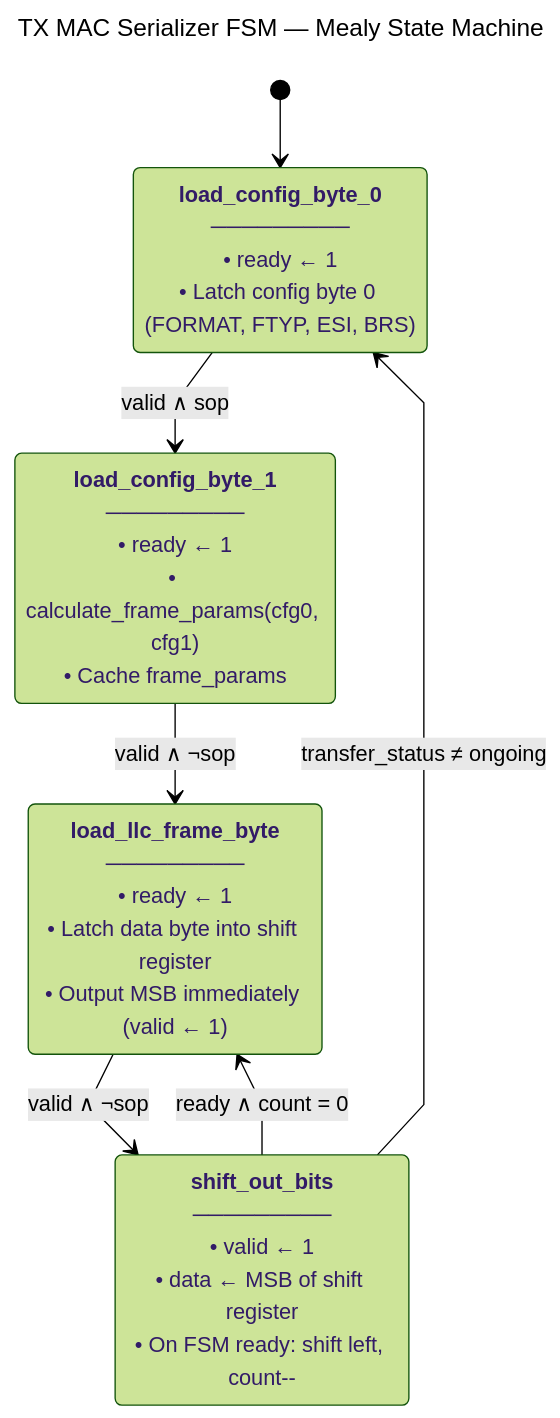
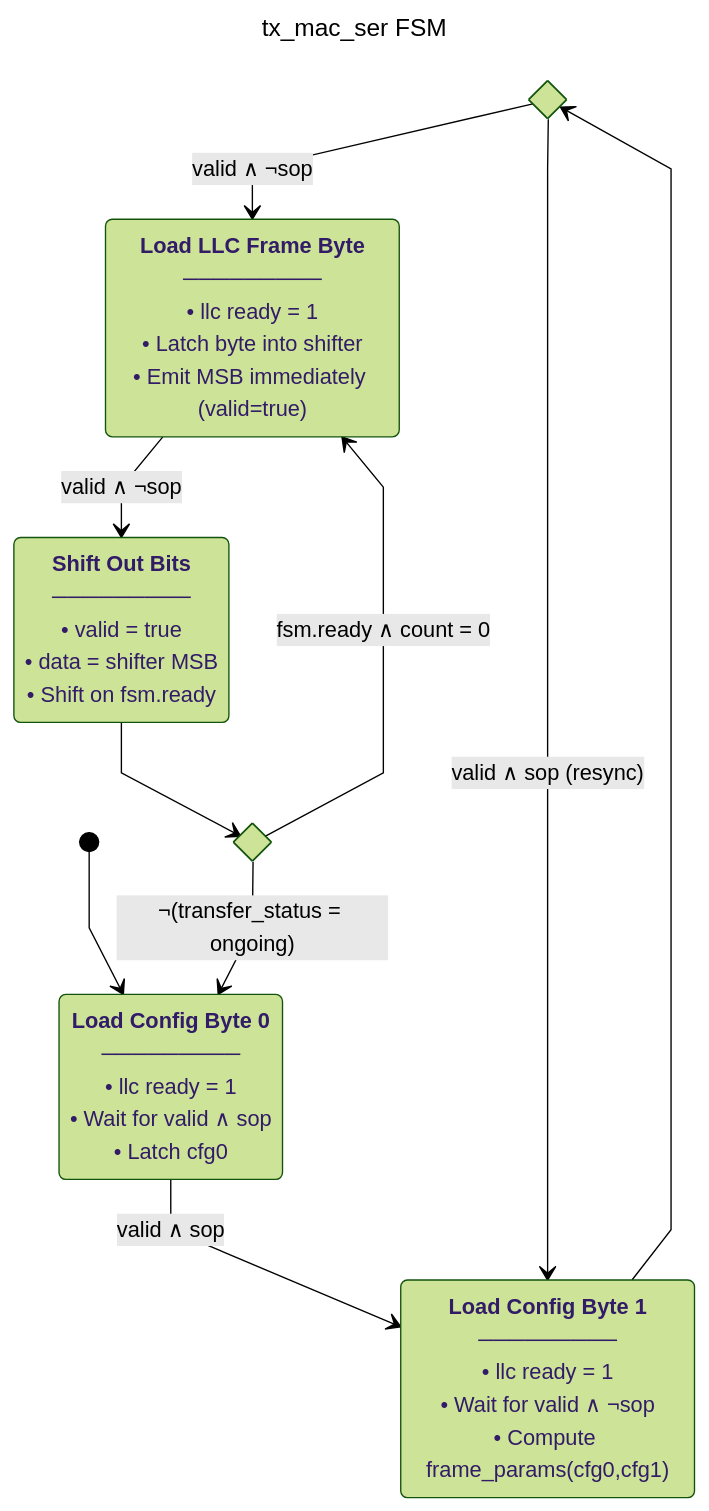
The eighth of 10 diagrams in docs/report.md (madsr2d2/beng_thesis), drawn with Mermaid (forest theme) before and after one commit. The commit also changed other lines of this file and 24 other files, not shown here.

````diff
--- a/docs/report.md
+++ b/docs/report.md
@@ -464,25 +295,28 @@
 ```mermaid
 ---
-title: "TX MAC Serializer FSM — Mealy State Machine"
+title: "tx_mac_ser FSM"
 ---
 %%{init: {'flowchart': {'curve': 'linear'}, 'elk': {'algorithm': 'layered'}}}%%
 stateDiagram-v2
-  state "**load_config_byte_0**<br/>─────────<br/>• ready ← 1<br/>• Latch config byte 0 (FORMAT, FTYP, ESI, BRS)" as cfg0
+  state cfg1_guard <<choice>>
+  state shift_guard <<choice>>
 
-  state "**load_config_byte_1**<br/>─────────<br/>• ready ← 1<br/>• calculate_frame_params(cfg0, cfg1)<br/>• Cache frame_params" as cfg1
+  state "**Load Config Byte 0**<br/>─────────<br/>• llc ready = 1<br/>• Wait for valid ∧ sop<br/>• Latch cfg0" as cfg0_s
+  state "**Load Config Byte 1**<br/>─────────<br/>• llc ready = 1<br/>• Wait for valid ∧ ¬sop<br/>• Compute frame_params(cfg0,cfg1)" as cfg1_s
+  state "**Load LLC Frame Byte**<br/>─────────<br/>• llc ready = 1<br/>• Latch byte into shifter<br/>• Emit MSB immediately (valid=true)" as data_s
+  state "**Shift Out Bits**<br/>─────────<br/>• valid = true<br/>• data = shifter MSB<br/>• Shift on fsm.ready" as shift_s
 
-  state "**load_llc_frame_byte**<br/>─────────<br/>• ready ← 1<br/>• Latch data byte into shift register<br/>• Output MSB immediately (valid ← 1)" as load
+  [*] --> cfg0_s
 
-  state "**shift_out_bits**<br/>─────────<br/>• valid ← 1<br/>• data ← MSB of shift register<br/>• On FSM ready: shift left, count--" as shift
+  cfg0_s --> cfg1_s: valid ∧ sop
 
-  [*] --> cfg0
+  cfg1_s --> cfg1_guard
+  cfg1_guard --> data_s: valid ∧ ¬sop
+  cfg1_guard --> cfg1_s: valid ∧ sop (resync)
 
-  cfg0 --> cfg1 : valid ∧ sop
+  data_s --> shift_s: valid ∧ ¬sop
 
-  cfg1 --> load : valid ∧ ¬sop
-
-  load --> shift : valid ∧ ¬sop
-
-  shift --> load : ready ∧ count = 0
-  shift --> cfg0 : transfer_status ≠ ongoing
+  shift_s --> shift_guard
+  shift_guard --> data_s: fsm.ready ∧ count = 0
+  shift_guard --> cfg0_s: ¬(transfer_status = ongoing)
 ```
````
